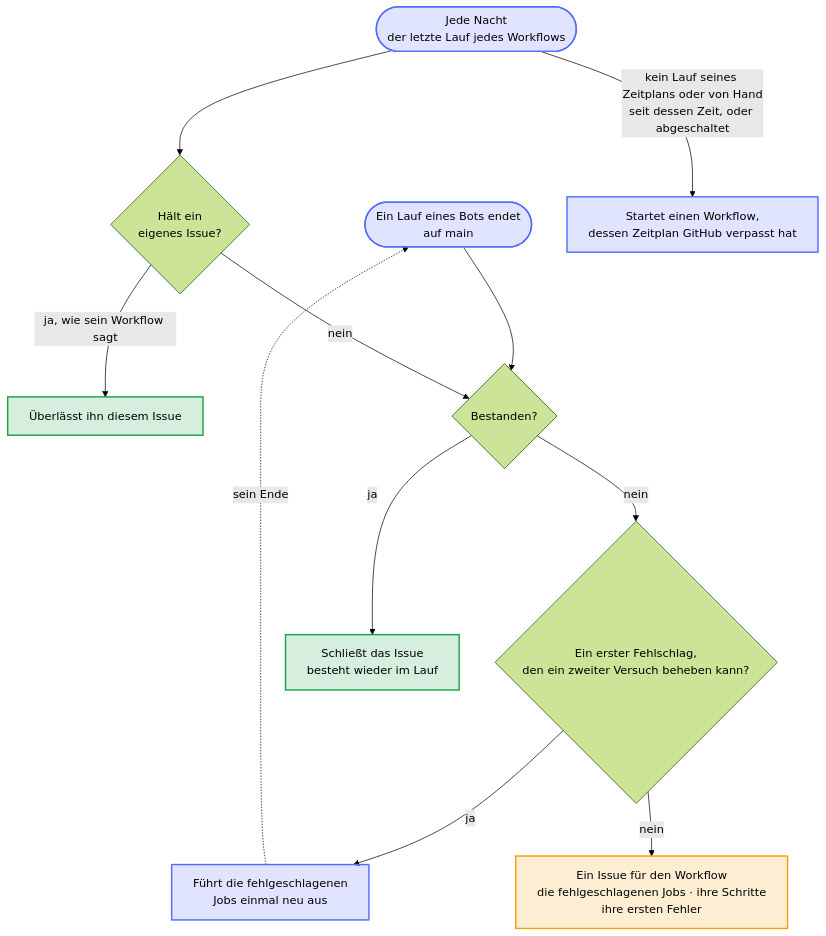
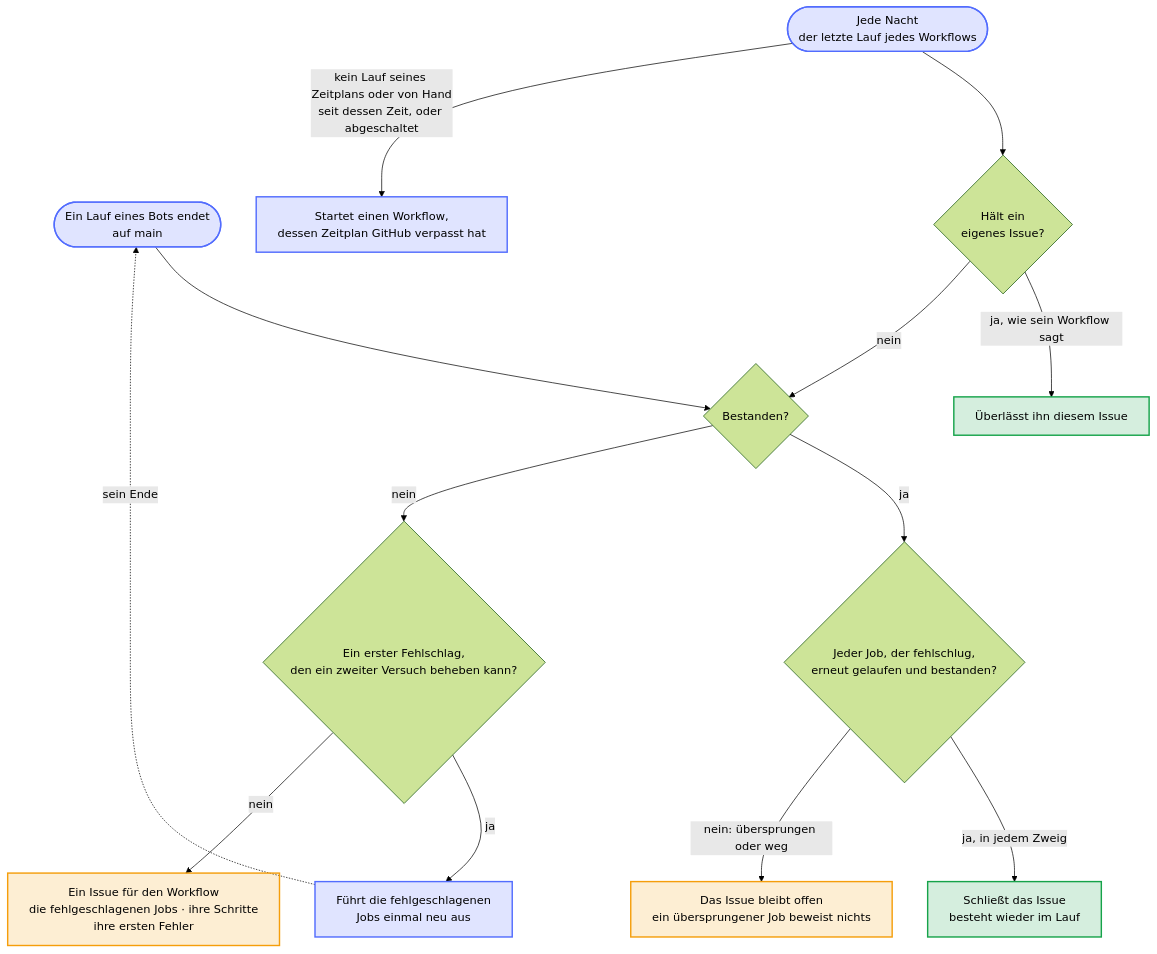
One commit to Dennis-Otto/repo-blueprint changed the diagram in docs/diagrams/what-the-bot-health-bot-does-when-a-bot-fails.de.mmd. Above: the diagram before and after it, drawn with Mermaid (forest theme). The commit also changed 18 other files, not shown here.

First line of the commit message:
fix: a bot's failure issue stays open until the jobs that failed pass again (#703)

```diff
--- a/docs/diagrams/what-the-bot-health-bot-does-when-a-bot-fails.de.mmd
+++ b/docs/diagrams/what-the-bot-health-bot-does-when-a-bot-fails.de.mmd
@@ -1,37 +1,41 @@
 ---
 config:
   flowchart:
     wrappingWidth: 400
 ---
 flowchart TB
     accTitle: Was der Bot für den Zustand der Bots tut, wenn ein Bot fehlschlägt
-    accDescr: Wenn ein Lauf eines Bots oder eines geplanten Workflows auf dem Standardbranch endet, sieht der Bot ihn sich an; Läufe von Pull Requests starten nichts. Ein erster Fehlschlag, den ein zweiter Versuch beheben kann, führt seine fehlgeschlagenen Jobs einmal neu aus. Ein Fehlschlag, der bleibt, öffnet ein Issue für den Workflow oder aktualisiert es, mit den fehlgeschlagenen Jobs, ihren Schritten und ihren ersten Fehlern. Ein Lauf, der besteht, schließt das Issue. Jede Nacht sieht sich der Bot den letzten Lauf jedes Workflows an, falls GitHub ein Ereignis verloren hat, überlässt aber einen Workflow, der ein eigenes Issue hält, diesem Issue. Er startet einen Workflow, dessen Zeitplan GitHub verpasst oder abgeschaltet hat: einen ohne Lauf seines Zeitplans oder von Hand seit der Zeit seines Zeitplans, gleich welche Pushes ihn seitdem ausgeführt haben.
+    accDescr: Wenn ein Lauf eines Bots oder eines geplanten Workflows auf dem Standardbranch endet, sieht der Bot ihn sich an; Läufe von Pull Requests starten nichts. Ein erster Fehlschlag, den ein zweiter Versuch beheben kann, führt seine fehlgeschlagenen Jobs einmal neu aus. Ein Fehlschlag, der bleibt, öffnet ein Issue für den Workflow oder aktualisiert es, mit den fehlgeschlagenen Jobs, ihren Schritten und ihren ersten Fehlern. Ein Lauf, der besteht, schließt das Issue, sobald jeder Job, der fehlschlug, in ihm erneut lief und bestand, in jedem Zweig einer Matrix; ein Lauf, der einen solchen Job übersprang, oder einer ohne ihn lässt das Issue offen. Jede Nacht sieht sich der Bot den letzten Lauf jedes Workflows an, falls GitHub ein Ereignis verloren hat, überlässt aber einen Workflow, der ein eigenes Issue hält, diesem Issue. Er startet einen Workflow, dessen Zeitplan GitHub verpasst oder abgeschaltet hat: einen ohne Lauf seines Zeitplans oder von Hand seit der Zeit seines Zeitplans, gleich welche Pushes ihn seitdem ausgeführt haben.
 
     run(["Ein Lauf eines Bots endet<br>auf main"])
     nightly(["Jede Nacht<br>der letzte Lauf jedes Workflows"])
     own{"Hält ein<br>eigenes Issue?"}
     left["Überlässt ihn diesem Issue"]
     passed{"Bestanden?"}
+    jobs{"Jeder Job, der fehlschlug,<br>erneut gelaufen und bestanden?"}
+    waits["Das Issue bleibt offen<br>ein übersprungener Job beweist nichts"]
     first{"Ein erster Fehlschlag,<br>den ein zweiter Versuch beheben kann?"}
     again["Führt die fehlgeschlagenen<br>Jobs einmal neu aus"]
     issue["Ein Issue für den Workflow<br>die fehlgeschlagenen Jobs · ihre Schritte<br>ihre ersten Fehler"]
     closed["Schließt das Issue<br>besteht wieder im Lauf"]
     missed["Startet einen Workflow,<br>dessen Zeitplan GitHub verpasst hat"]
 
     run --> passed
     nightly --> own
     own -- "ja, wie sein Workflow sagt" --> left
     own -- "nein" --> passed
     nightly -- "kein Lauf seines Zeitplans oder von Hand<br>seit dessen Zeit, oder abgeschaltet" --> missed
-    passed -- "ja" --> closed
+    passed -- "ja" --> jobs
+    jobs -- "ja, in jedem Zweig" --> closed
+    jobs -- "nein: übersprungen oder weg" --> waits
     passed -- "nein" --> first
     first -- "ja" --> again
     again -. "sein Ende" .-> run
     first -- "nein" --> issue
 
     classDef bot fill:#526cfe2e,stroke:#526cfe,stroke-width:2px
     classDef person fill:#f59e0b2e,stroke:#f59e0b,stroke-width:2px
     classDef done fill:#16a34a2e,stroke:#16a34a,stroke-width:2px
     class run,nightly,again,missed bot
-    class issue person
+    class issue,waits person
     class closed,left done
```
